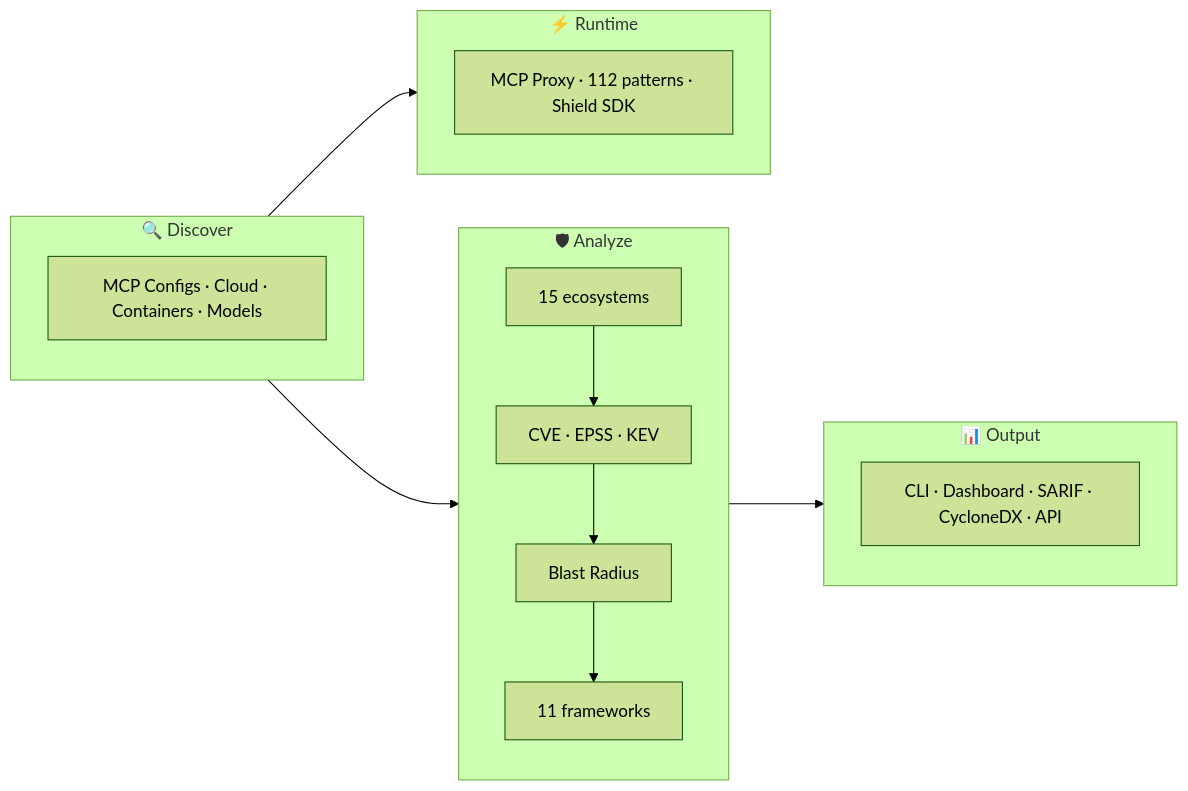
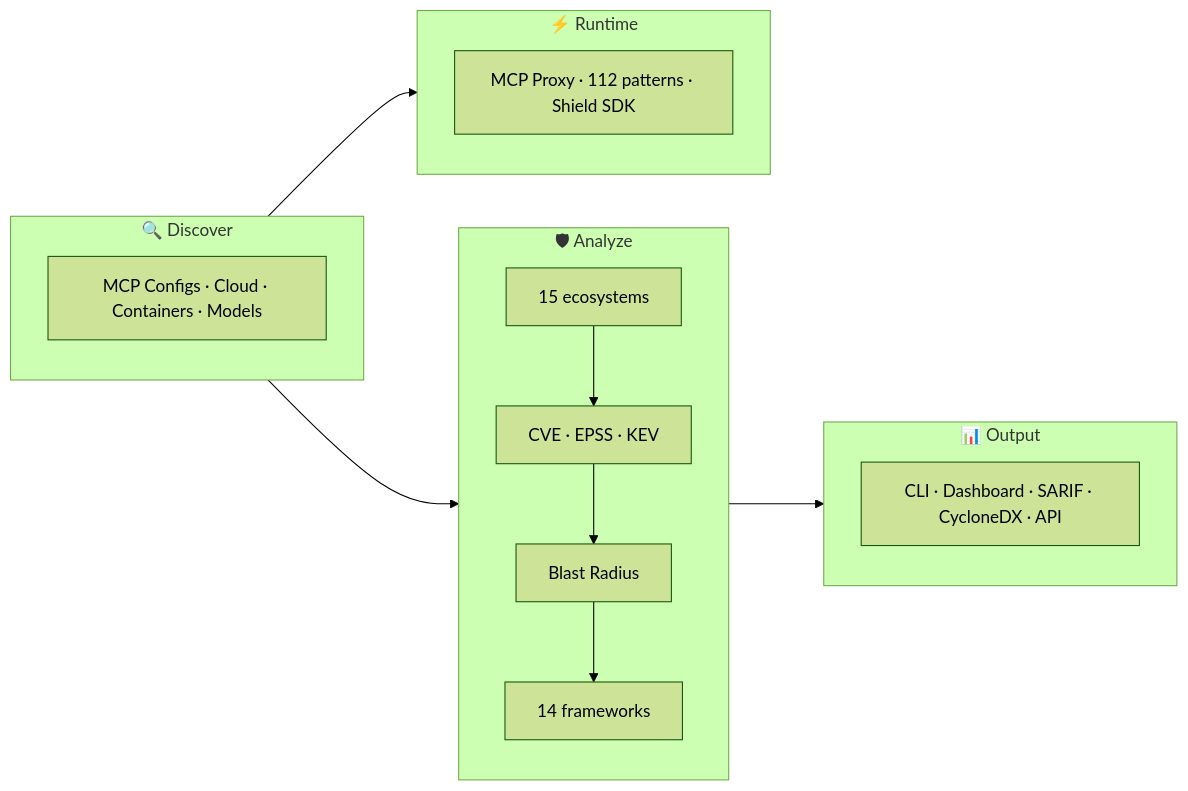
One commit to Rish-2006/agent-bom changed the third of 3 diagrams in README.md. Above: the diagram before and after it, drawn with Mermaid (forest theme). The commit also changed other lines of this file and 13 other files, not shown here.

````diff
--- a/README.md
+++ b/README.md
@@ -465,17 +405,17 @@
 ```mermaid
 graph LR
     subgraph D["🔍 Discover"]
         D1["MCP Configs · Cloud · Containers · Models"]
     end
     subgraph A["🛡 Analyze"]
-        A1["15 ecosystems"] --> A2["CVE · EPSS · KEV"] --> A3["Blast Radius"] --> A4["11 frameworks"]
+        A1["15 ecosystems"] --> A2["CVE · EPSS · KEV"] --> A3["Blast Radius"] --> A4["14 frameworks"]
     end
     subgraph O["📊 Output"]
         O1["CLI · Dashboard · SARIF · CycloneDX · API"]
     end
     subgraph R["⚡ Runtime"]
         R1["MCP Proxy · 112 patterns · Shield SDK"]
     end
     D --> A --> O
     D --> R
 ```
````
